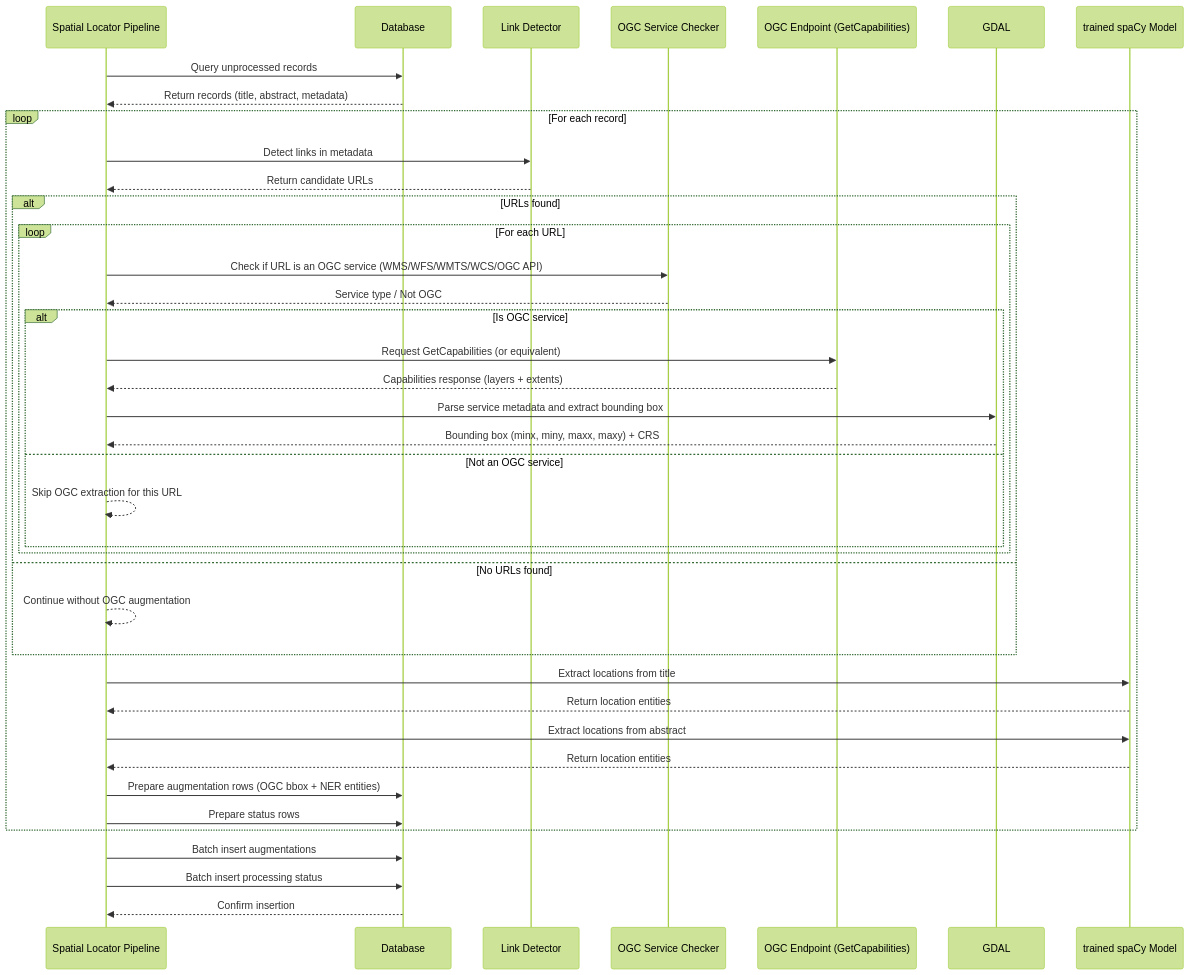
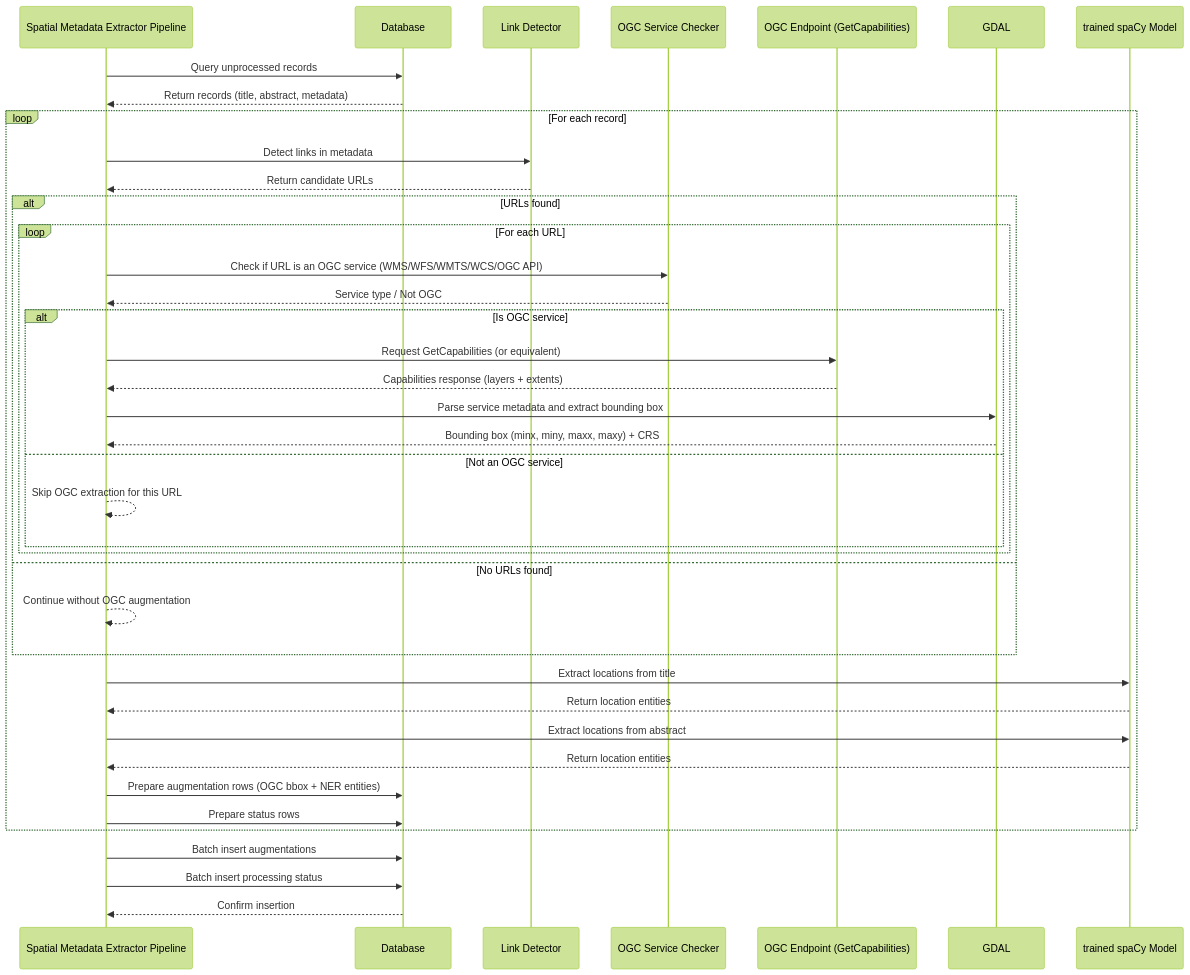
The fourth of 5 diagrams in tech/docs/technical_components/metadata_augmentation.md (soilwise-he/SoilWise-documentation), drawn with Mermaid (forest theme) before and after one commit. The commit also changed other lines of this file, not shown here.

Commit message:
update LLA docs, add spatial metadata extractor

````diff
--- a/tech/docs/technical_components/metadata_augmentation.md
+++ b/tech/docs/technical_components/metadata_augmentation.md
@@ -323,51 +329,51 @@
 ```mermaid
 sequenceDiagram
-    participant Pipeline as Spatial Locator Pipeline
+    participant Pipeline as Spatial Metadata Extractor Pipeline
     participant DB as Database
     participant LinkDet as Link Detector
     participant OGCCheck as OGC Service Checker
     participant OGC as OGC Endpoint (GetCapabilities)
     participant GDAL as GDAL
     participant Model as trained spaCy Model
 
     Pipeline->>DB: Query unprocessed records
     DB-->>Pipeline: Return records (title, abstract, metadata)
 
     loop For each record
         %% --- OGC extraction (first) ---
         Pipeline->>LinkDet: Detect links in metadata
         LinkDet-->>Pipeline: Return candidate URLs
 
         alt URLs found
             loop For each URL
                 Pipeline->>OGCCheck: Check if URL is an OGC service (WMS/WFS/WMTS/WCS/OGC API)
                 OGCCheck-->>Pipeline: Service type / Not OGC
 
                 alt Is OGC service
                     Pipeline->>OGC: Request GetCapabilities (or equivalent)
                     OGC-->>Pipeline: Capabilities response (layers + extents)
                     Pipeline->>GDAL: Parse service metadata and extract bounding box
                     GDAL-->>Pipeline: Bounding box (minx, miny, maxx, maxy) + CRS
                 else Not an OGC service
                     Pipeline-->>Pipeline: Skip OGC extraction for this URL
                 end
             end
         else No URLs found
             Pipeline-->>Pipeline: Continue without OGC augmentation
         end
 
         %% --- NER extraction (second) ---
         Pipeline->>Model: Extract locations from title
         Model-->>Pipeline: Return location entities
         Pipeline->>Model: Extract locations from abstract
         Model-->>Pipeline: Return location entities
 
         %% --- persistence ---
         Pipeline->>DB: Prepare augmentation rows (OGC bbox + NER entities)
         Pipeline->>DB: Prepare status rows
     end
 
     Pipeline->>DB: Batch insert augmentations
     Pipeline->>DB: Batch insert processing status
     DB-->>Pipeline: Confirm insertion
 ```
````
